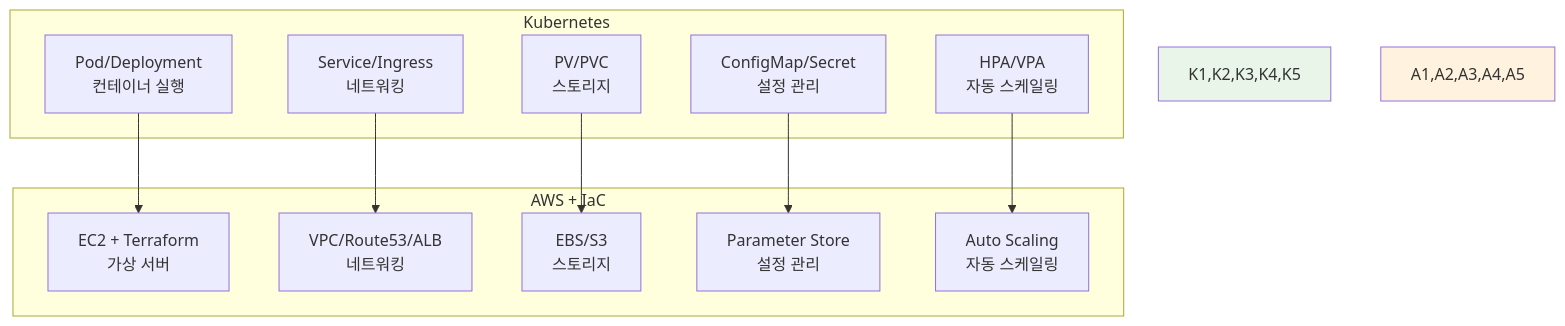
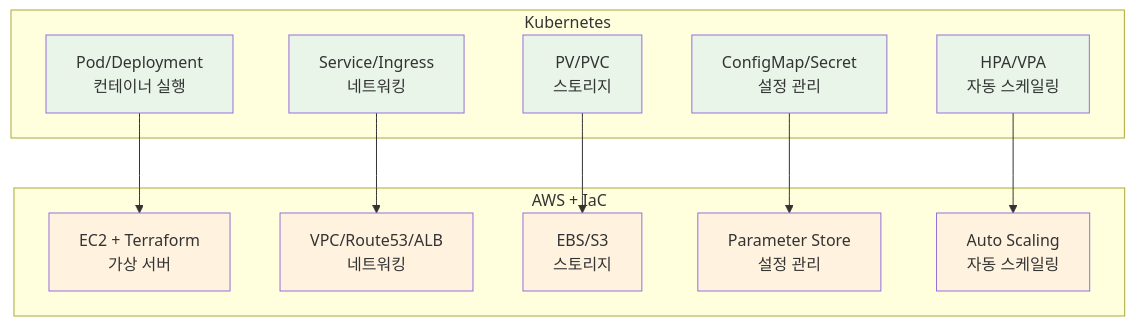
One commit to niceguy61/kdt_devops_lecture_2025 changed the seventh of 11 diagrams in theory/week_04/day5/session_3.md. Above: the diagram before and after it, drawn with Mermaid. The commit also changed other lines of this file and 2 other files, not shown here.

Commit message:
mermaid style 변경

````diff
--- a/theory/week_04/day5/session_3.md
+++ b/theory/week_04/day5/session_3.md
@@ -312,27 +316,35 @@
 ```mermaid
 graph TB
     subgraph "Kubernetes"
         K1[Pod/Deployment<br/>컨테이너 실행]
         K2[Service/Ingress<br/>네트워킹]
         K3[PV/PVC<br/>스토리지]
         K4[ConfigMap/Secret<br/>설정 관리]
         K5[HPA/VPA<br/>자동 스케일링]
     end
     
     subgraph "AWS + IaC"
         A1[EC2 + Terraform<br/>가상 서버]
         A2[VPC/Route53/ALB<br/>네트워킹]
         A3[EBS/S3<br/>스토리지]
         A4[Parameter Store<br/>설정 관리]
         A5[Auto Scaling<br/>자동 스케일링]
     end
     
     K1 --> A1
     K2 --> A2
     K3 --> A3
     K4 --> A4
     K5 --> A5
     
-    style K1,K2,K3,K4,K5 fill:#e8f5e8
-    style A1,A2,A3,A4,A5 fill:#fff3e0
+    style K1 fill:#e8f5e8
+    style K2 fill:#e8f5e8
+    style K3 fill:#e8f5e8
+    style K4 fill:#e8f5e8
+    style K5 fill:#e8f5e8
+    style A1 fill:#fff3e0
+    style A2 fill:#fff3e0
+    style A3 fill:#fff3e0
+    style A4 fill:#fff3e0
+    style A5 fill:#fff3e0
 ```
````
